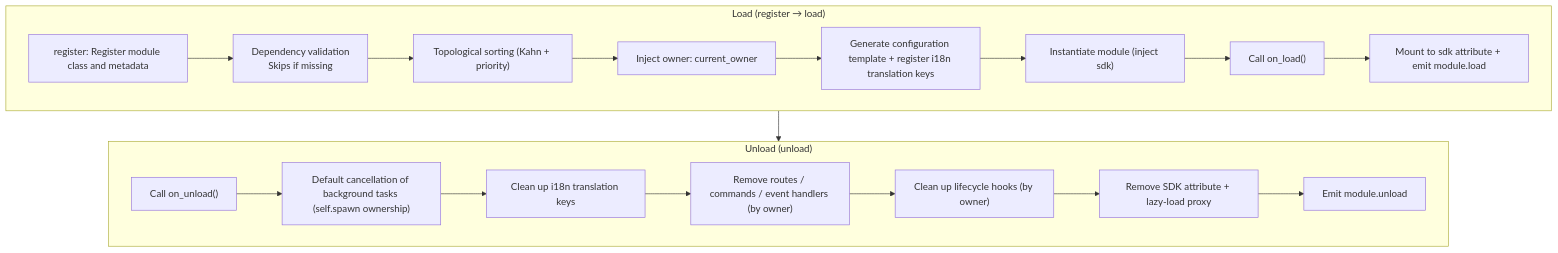
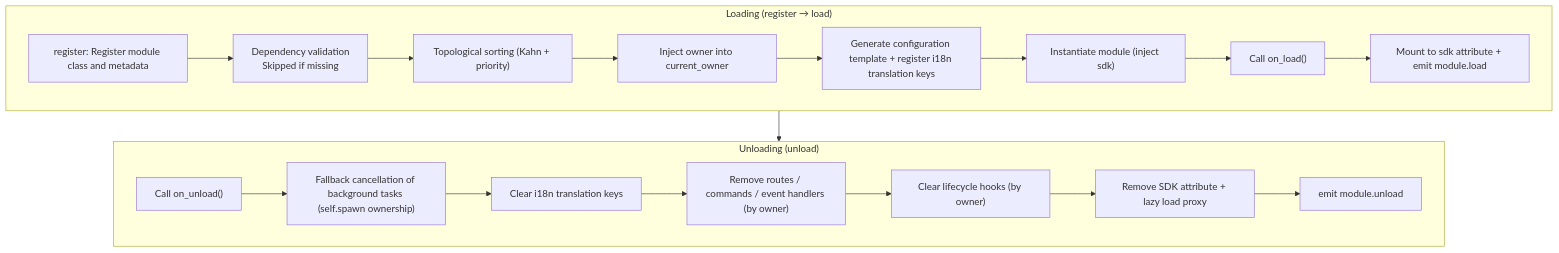
One commit to ErisPulse/ErisPulse changed the diagram in docs/en/developer-guide/modules/core-concepts.md. Above: the diagram before and after it, drawn with Mermaid. The commit also changed other lines of this file and 44 other files, not shown here.

````diff
--- a/docs/en/developer-guide/modules/core-concepts.md
+++ b/docs/en/developer-guide/modules/core-concepts.md
@@ -90,23 +90,23 @@
 ```mermaid
 flowchart TD
-    subgraph Load["Load (register → load)"]
-        L1["register: Register module class and metadata"] --> L2["Dependency validation<br/>Skips if missing"]
+    subgraph Load["Loading (register → load)"]
+        L1["register: Register module class and metadata"] --> L2["Dependency validation<br/>Skipped if missing"]
         L2 --> L3["Topological sorting (Kahn + priority)"]
-        L3 --> L4["Inject owner: current_owner"]
+        L3 --> L4["Inject owner into current_owner"]
         L4 --> L5["Generate configuration template + register i18n translation keys"]
         L5 --> L6["Instantiate module (inject sdk)"]
         L6 --> L7["Call on_load()"]
         L7 --> L8["Mount to sdk attribute + emit module.load"]
     end
 
-    subgraph Unload["Unload (unload)"]
-        U1["Call on_unload()"] --> U2["Default cancellation of background tasks (self.spawn ownership)"]
-        U2 --> U3["Clean up i18n translation keys"]
+    subgraph Unload["Unloading (unload)"]
+        U1["Call on_unload()"] --> U2["Fallback cancellation of background tasks (self.spawn ownership)"]
+        U2 --> U3["Clear i18n translation keys"]
         U3 --> U4["Remove routes / commands / event handlers (by owner)"]
-        U4 --> U5["Clean up lifecycle hooks (by owner)"]
-        U5 --> U6["Remove SDK attribute + lazy-load proxy"]
-        U6 --> U7["Emit module.unload"]
+        U4 --> U5["Clear lifecycle hooks (by owner)"]
+        U5 --> U6["Remove SDK attribute + lazy load proxy"]
+        U6 --> U7["emit module.unload"]
     end
 
     Load --> Unload
 ```
````
